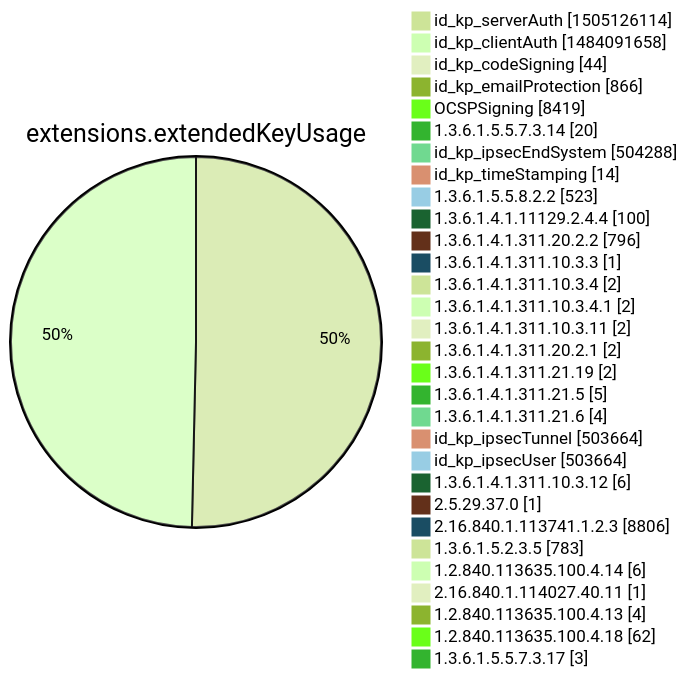
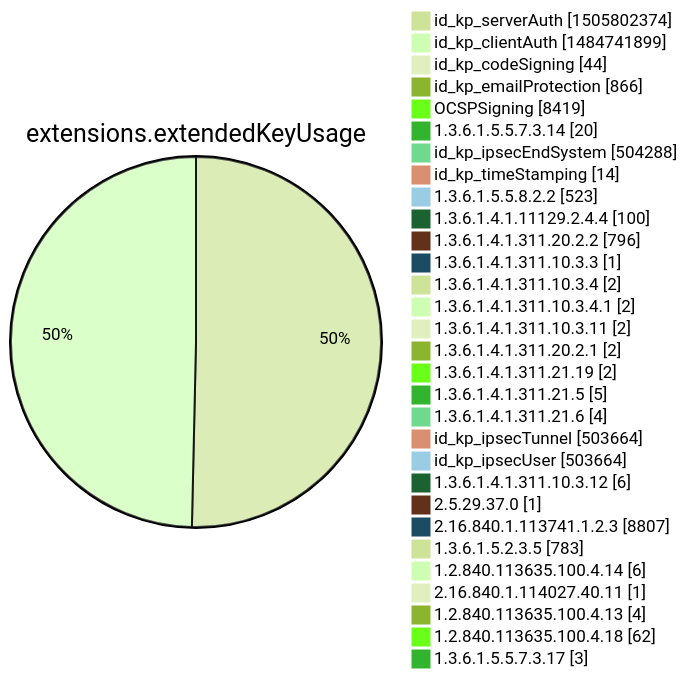
Diagram 12 of 15 in argon2022/README.md (christiankrug/ctmonitor_visualization), drawn with Mermaid (forest theme) before and after one commit. The commit also changed other lines of this file, not shown here.

````diff
--- a/argon2022/README.md
+++ b/argon2022/README.md
@@ -3555,34 +3555,34 @@
 ```mermaid
 pie showData
 title extensions.extendedKeyUsage
-"id_kp_serverAuth" :1505126114
-"id_kp_clientAuth" :1484091658
+"id_kp_serverAuth" :1505802374
+"id_kp_clientAuth" :1484741899
 "id_kp_codeSigning" :44
 "id_kp_emailProtection" :866
 "OCSPSigning" :8419
 "1.3.6.1.5.5.7.3.14" :20
 "id_kp_ipsecEndSystem" :504288
 "id_kp_timeStamping" :14
 "1.3.6.1.5.5.8.2.2" :523
 "1.3.6.1.4.1.11129.2.4.4" :100
 "1.3.6.1.4.1.311.20.2.2" :796
 "1.3.6.1.4.1.311.10.3.3" :1
 "1.3.6.1.4.1.311.10.3.4" :2
 "1.3.6.1.4.1.311.10.3.4.1" :2
 "1.3.6.1.4.1.311.10.3.11" :2
 "1.3.6.1.4.1.311.20.2.1" :2
 "1.3.6.1.4.1.311.21.19" :2
 "1.3.6.1.4.1.311.21.5" :5
 "1.3.6.1.4.1.311.21.6" :4
 "id_kp_ipsecTunnel" :503664
 "id_kp_ipsecUser" :503664
 "1.3.6.1.4.1.311.10.3.12" :6
 "2.5.29.37.0" :1
-"2.16.840.1.113741.1.2.3" :8806
+"2.16.840.1.113741.1.2.3" :8807
 "1.3.6.1.5.2.3.5" :783
 "1.2.840.113635.100.4.14" :6
 "2.16.840.1.114027.40.11" :1
 "1.2.840.113635.100.4.13" :4
 "1.2.840.113635.100.4.18" :62
 "1.3.6.1.5.5.7.3.17" :3
 ```
````
